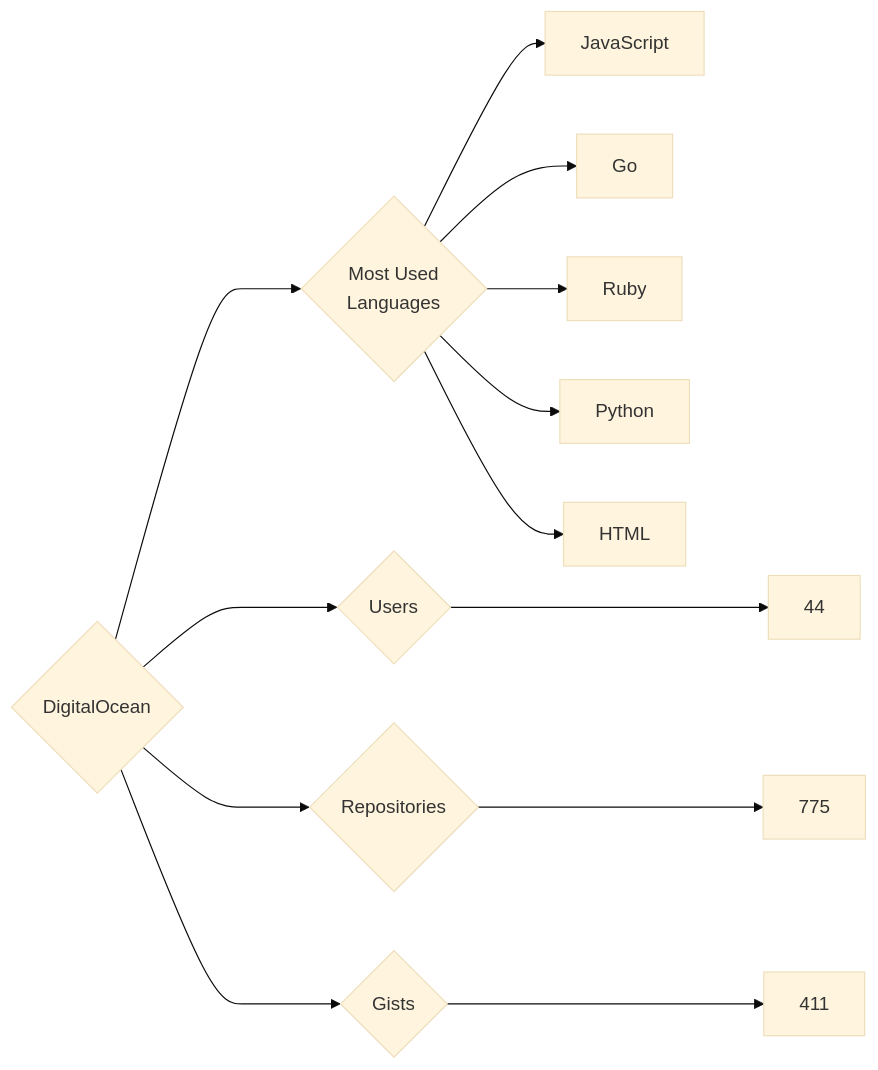
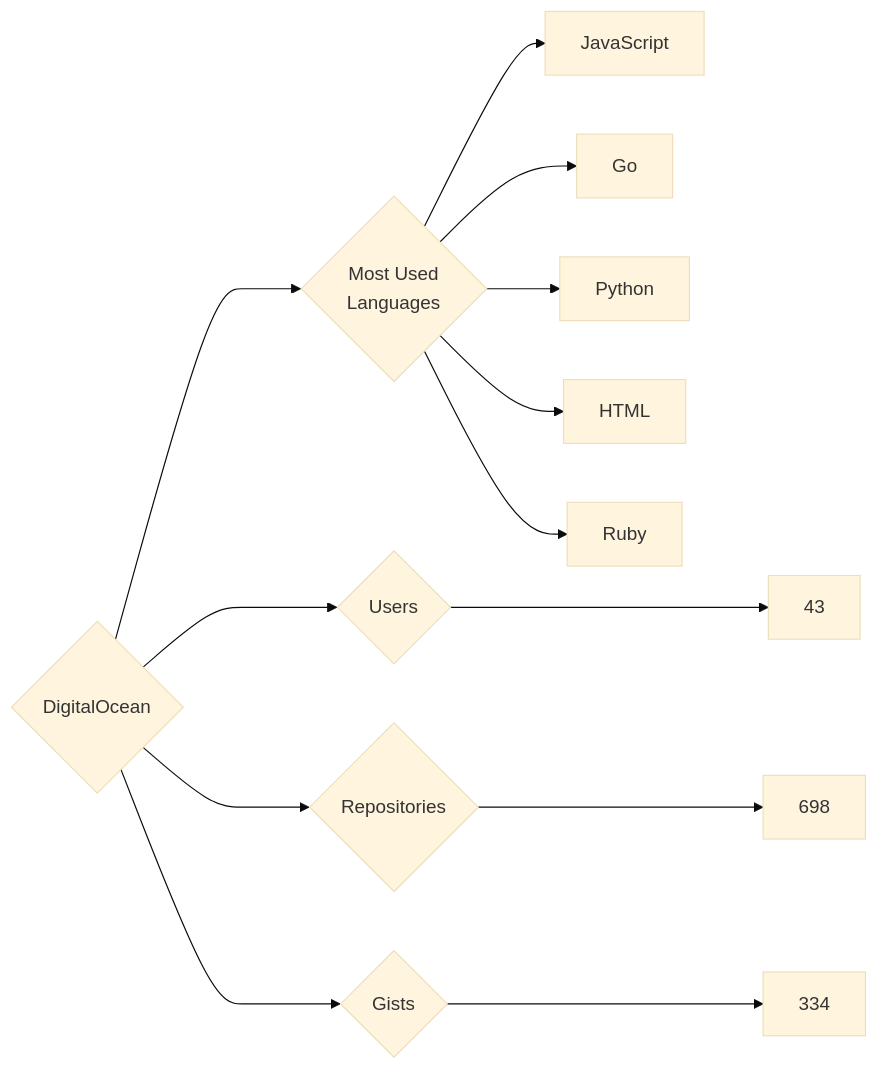
Before and after one commit to trickest/insiders: the diagram in targets/DigitalOcean/README.md, drawn with Mermaid (base theme). The commit also changed 900 other files, not shown here.

````diff
--- a/targets/DigitalOcean/README.md
+++ b/targets/DigitalOcean/README.md
@@ -3,13 +3,13 @@
 ```mermaid
 graph LR
 COMPANY_NAME{DigitalOcean}
-COMPANY_NAME ---> U{Users} ---> UN[44]
-COMPANY_NAME ---> R{Repositories} ---> RN[775]
-COMPANY_NAME ---> G{Gists} ---> GN[411]
+COMPANY_NAME ---> U{Users} ---> UN[43]
+COMPANY_NAME ---> R{Repositories} ---> RN[698]
+COMPANY_NAME ---> G{Gists} ---> GN[334]
 COMPANY_NAME ---> ML{Most Used<br>Languages}
 ML --> JavaScript[JavaScript]
 ML --> Go[Go]
-ML --> Ruby[Ruby]
 ML --> Python[Python]
 ML --> HTML[HTML]
+ML --> Ruby[Ruby]
 ```
````
